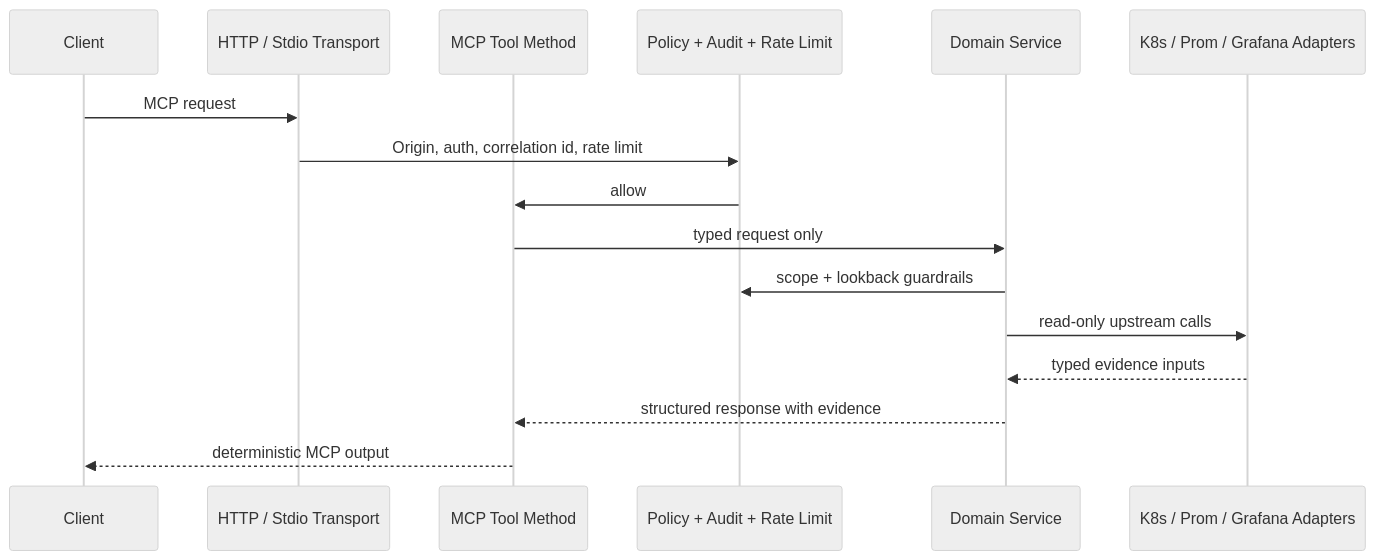
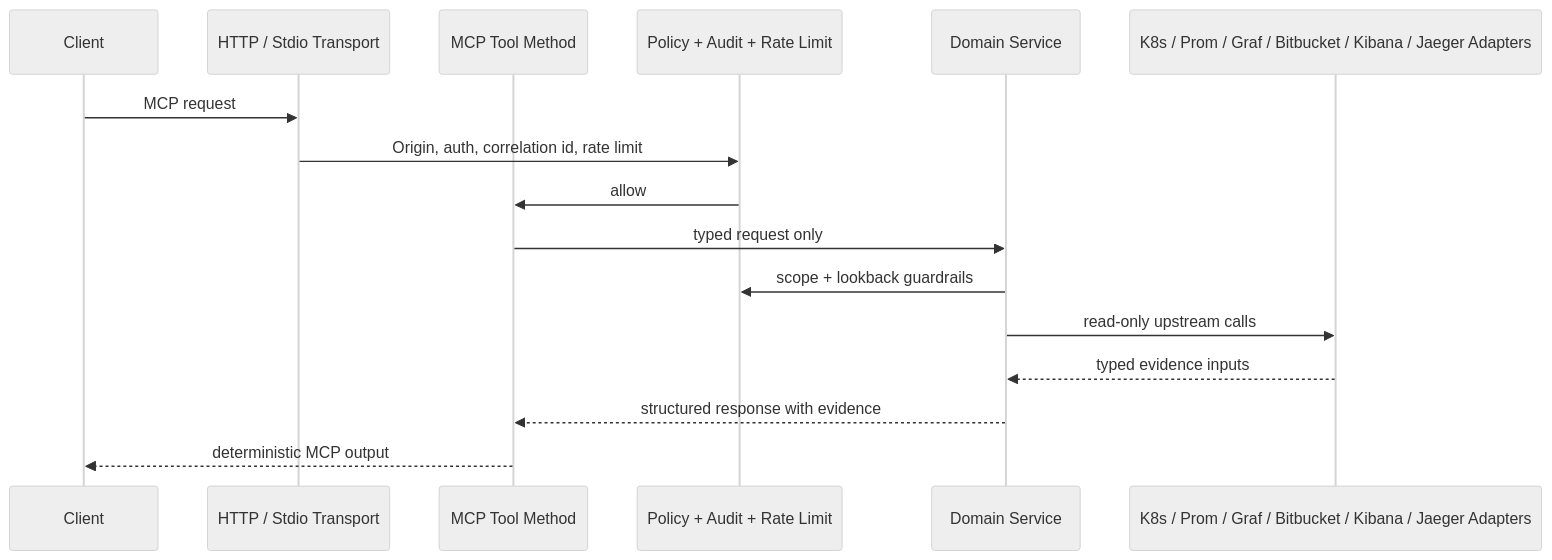
One commit to rajatyadav2505/mcp_prodops changed the second of 3 diagrams in docs/architecture.md. Above: the diagram before and after it, drawn with Mermaid (neutral theme). The commit also changed other lines of this file and 7 other files, not shown here.

````diff
--- a/docs/architecture.md
+++ b/docs/architecture.md
@@ -52,19 +55,19 @@
 ```mermaid
 sequenceDiagram
     participant Client
     participant HTTP as HTTP / Stdio Transport
     participant MCP as MCP Tool Method
     participant Policy as Policy + Audit + Rate Limit
     participant Domain as Domain Service
-    participant Adapters as K8s / Prom / Grafana Adapters
+    participant Adapters as K8s / Prom / Graf / Bitbucket / Kibana / Jaeger Adapters
 
     Client->>HTTP: MCP request
     HTTP->>Policy: Origin, auth, correlation id, rate limit
     Policy->>MCP: allow
     MCP->>Domain: typed request only
     Domain->>Policy: scope + lookback guardrails
     Domain->>Adapters: read-only upstream calls
     Adapters-->>Domain: typed evidence inputs
     Domain-->>MCP: structured response with evidence
     MCP-->>Client: deterministic MCP output
 ```
````
